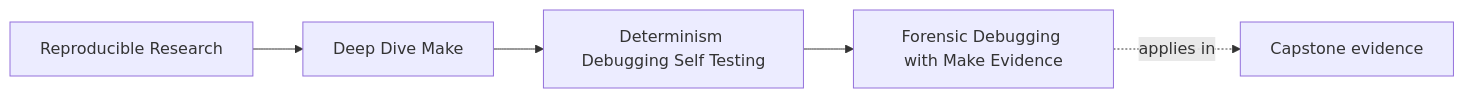
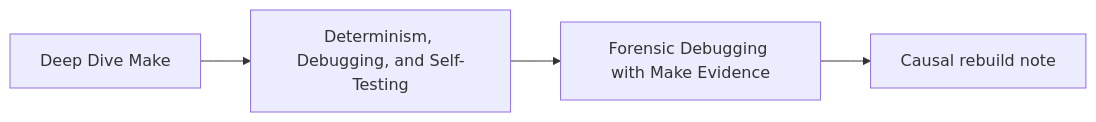
Before and after one commit to bijux/bijux-masterclass: the first of 3 diagrams in programs/reproducible-research/deep-dive-make/course-book/module-03-determinism-debugging-self-testing/forensic-debugging-with-make-evidence.md, drawn with Mermaid. The commit also changed other lines of this file, not shown here.

Commit message:
docs(make): teach bounded rebuild forensics

````diff
--- a/programs/reproducible-research/deep-dive-make/course-book/module-03-determinism-debugging-self-testing/forensic-debugging-with-make-evidence.md
+++ b/programs/reproducible-research/deep-dive-make/course-book/module-03-determinism-debugging-self-testing/forensic-debugging-with-make-evidence.md
@@ -7,11 +9,6 @@
 ```mermaid
 graph LR
-  family["Reproducible Research"]
-  program["Deep Dive Make"]
-  section["Determinism Debugging Self Testing"]
-  page["Forensic Debugging with Make Evidence"]
-  capstone["Capstone evidence"]
-
-  family --> program --> section --> page
-  page -.applies in.-> capstone
+  course["Deep Dive Make"] --> module["Determinism, Debugging, and Self-Testing"]
+  module --> page["Forensic Debugging with Make Evidence"]
+  page --> note["Causal rebuild note"]
 ```
````
